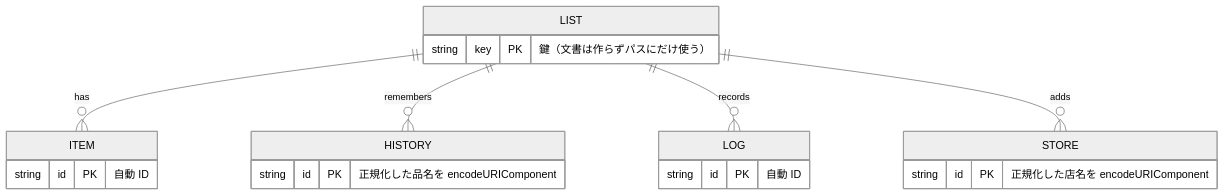
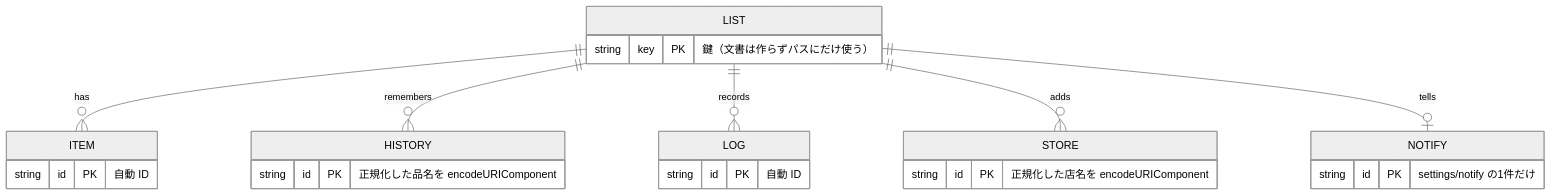
Before and after one commit to iiiitiiitiiti/kaimono: the diagram in docs/DESIGN.md, drawn with Mermaid (neutral theme). The commit also changed other lines of this file and 9 other files, not shown here.

````diff
--- a/docs/DESIGN.md
+++ b/docs/DESIGN.md
@@ -27,22 +27,26 @@
 ```mermaid
 erDiagram
     LIST ||--o{ ITEM : has
     LIST ||--o{ HISTORY : remembers
     LIST ||--o{ LOG : records
     LIST ||--o{ STORE : "adds"
+    LIST ||--o| NOTIFY : "tells"
     LIST {
         string key PK "鍵（文書は作らずパスにだけ使う）"
     }
     ITEM {
         string id PK "自動 ID"
     }
     HISTORY {
         string id PK "正規化した品名を encodeURIComponent"
     }
     LOG {
         string id PK "自動 ID"
     }
     STORE {
         string id PK "正規化した店名を encodeURIComponent"
     }
+    NOTIFY {
+        string id PK "settings/notify の1件だけ"
+    }
 ```
````
